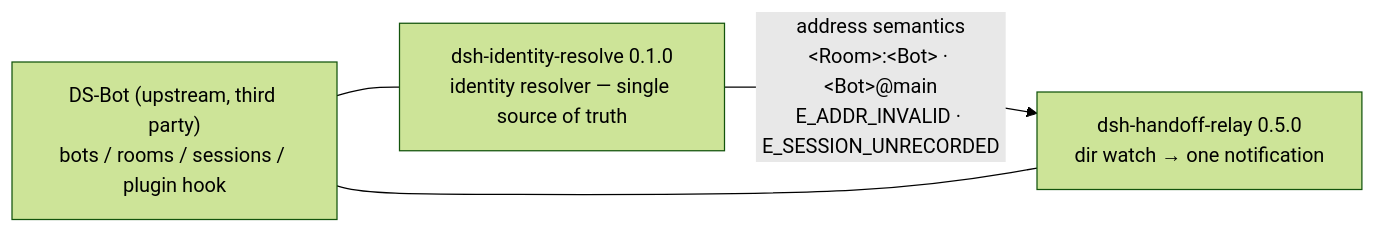
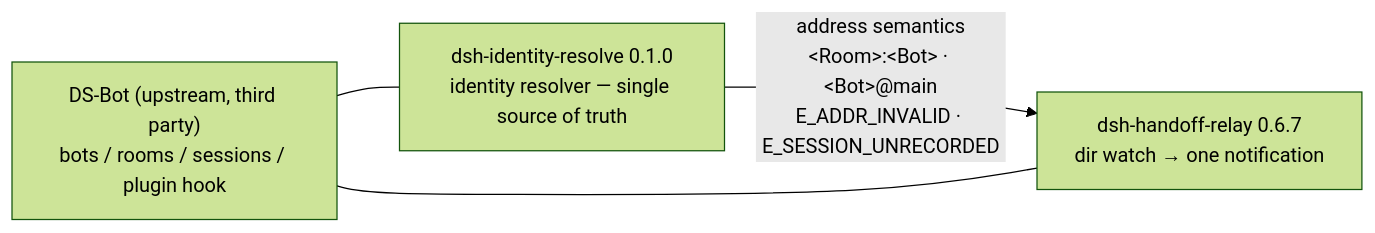
Before and after one commit to byfbaish/dsh-handoff-relay: the diagram in README.md, drawn with Mermaid (forest theme). The commit also changed other lines of this file and 4 other files, not shown here.

````diff
--- a/README.md
+++ b/README.md
@@ -22,9 +25,9 @@
 ```mermaid
 graph LR
   ID["dsh-identity-resolve 0.1.0<br/>identity resolver — single source of truth"]
-  RL["dsh-handoff-relay 0.5.0<br/>dir watch → one notification"]
+  RL["dsh-handoff-relay 0.6.7<br/>dir watch → one notification"]
   HOST["DS-Bot (upstream, third party)<br/>bots / rooms / sessions / plugin hook"]
   ID -->|"address semantics<br/>&lt;Room&gt;:&lt;Bot&gt; · &lt;Bot&gt;@main<br/>E_ADDR_INVALID · E_SESSION_UNRECORDED"| RL
   HOST --- RL
   HOST --- ID
 ```
````
